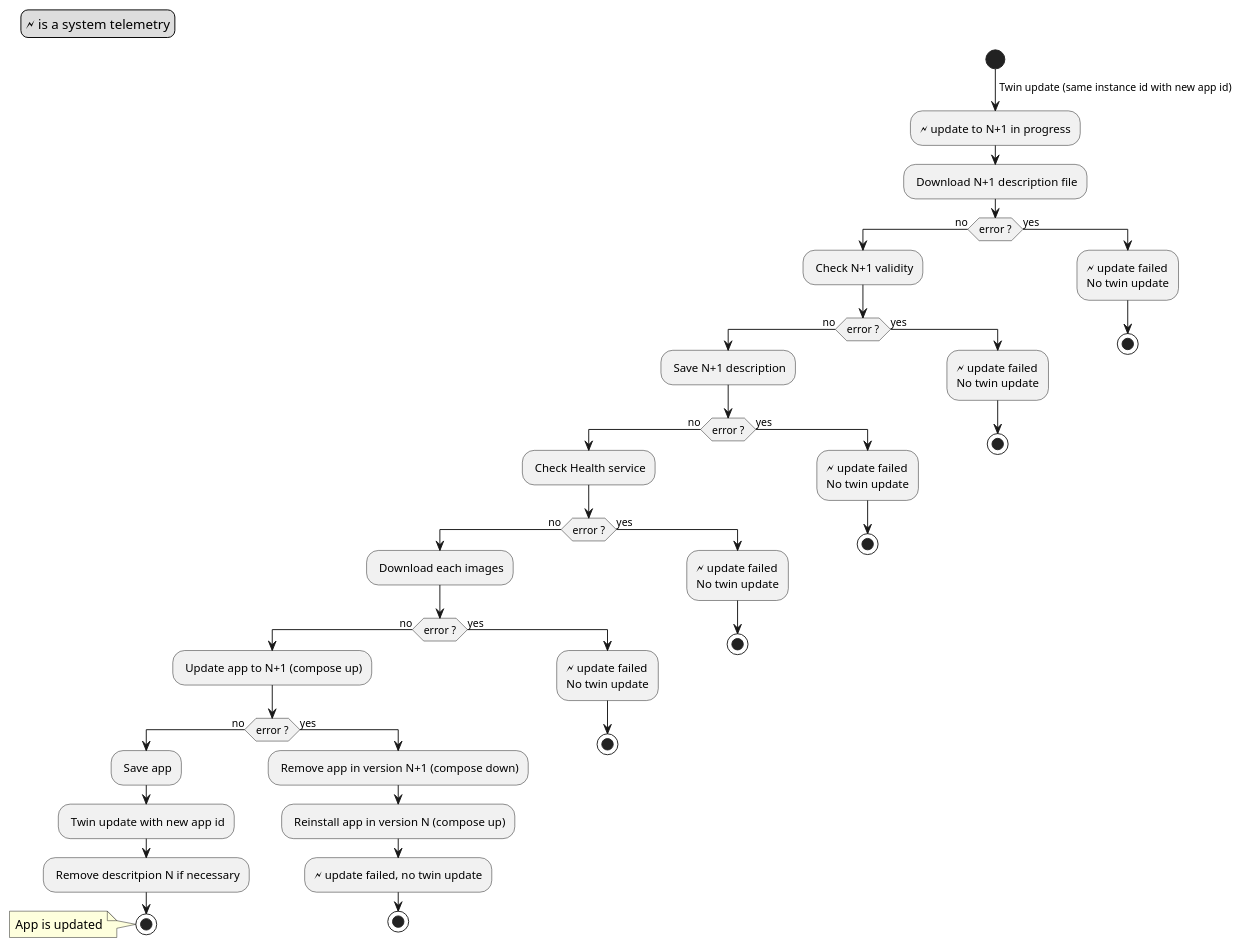
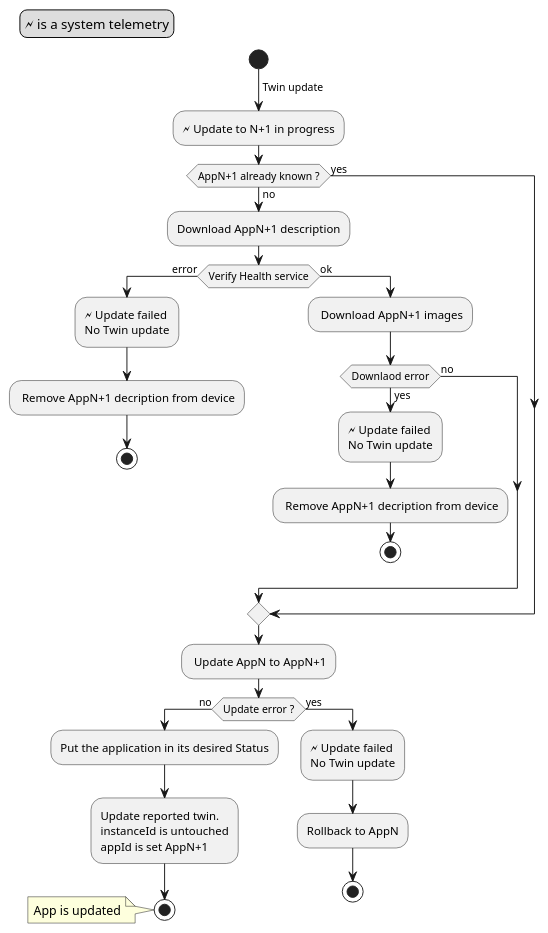
Before and after one commit to se-edge/framework-diagrams: the diagram in UseCases/Update-application/update-application.activity.puml, drawn with PlantUML.

Commit message:
update update diag

```diff
--- a/UseCases/Update-application/update-application.activity.puml
+++ b/UseCases/Update-application/update-application.activity.puml
@@ -1,59 +1,46 @@
 @startuml
 legend top left
-  🗲 is a system telemetry
+🗲 is a system telemetry
 endlegend
 
 start
--> Twin update (same instance id with new app id);
-:🗲 update to N+1 in progress;
-: Download N+1 description file;
-if (error ?) then (no)
-    : Check N+1 validity;
-    if (error ?) then (no)
-        : Save N+1 description;
-        if (error ?) then (no)
-            : Check Health service;
-            if (error ?) then (no)
-                : Download each images;
-                if (error ?) then (no)
-                    : Update app to N+1 (compose up);
-                    if (error ?) then (no)
-                        : Save app;
-                        : Twin update with new app id;
-                        : Remove descritpion N if necessary;
-                        stop
-                        note
-                        App is updated
-                        end note
-                    else (yes)
-                        : Remove app in version N+1 (compose down);
-                        : Reinstall app in version N (compose up);
-                        :🗲 update failed, no twin update;
-                        stop
-                    endif
-                else (yes)
-                    :🗲 update failed
-                    No twin update;
-                stop
-                endif
-            else (yes)
-                    :🗲 update failed
-                    No twin update;
-                stop
-            endif
-        else (yes)
-            :🗲 update failed
-            No twin update;
+-> Twin update;
+:🗲 Update to N+1 in progress;
+
+if (AppN+1 already known ?) then (no)
+    :Download AppN+1 description;
+    if (Verify Health service) then (error)
+        :🗲 Update failed
+        No Twin update;
+        : Remove AppN+1 decription from device;
+        stop
+    else (ok)
+        : Download AppN+1 images;
+        if(Downlaod error) then (yes)
+            :🗲 Update failed
+            No Twin update;
+            : Remove AppN+1 decription from device;
             stop
+        else(no)
         endif
-    else (yes)
-        :🗲 update failed
-        No twin update;
-        stop
     endif
-else (yes)
-    :🗲 update failed
-    No twin update;
+else(yes)
+endif
+: Update AppN to AppN+1;
+if(Update error ?) then (no)
+    :Put the application in its desired Status;
+    :Update reported twin.
+    instanceId is untouched
+    appId is set AppN+1;
+    stop
+    note
+        App is updated
+    end note
+else(yes)
+    :🗲 Update failed
+    No Twin update;
+    :Rollback to AppN;
     stop
 endif
+
 @enduml
```
